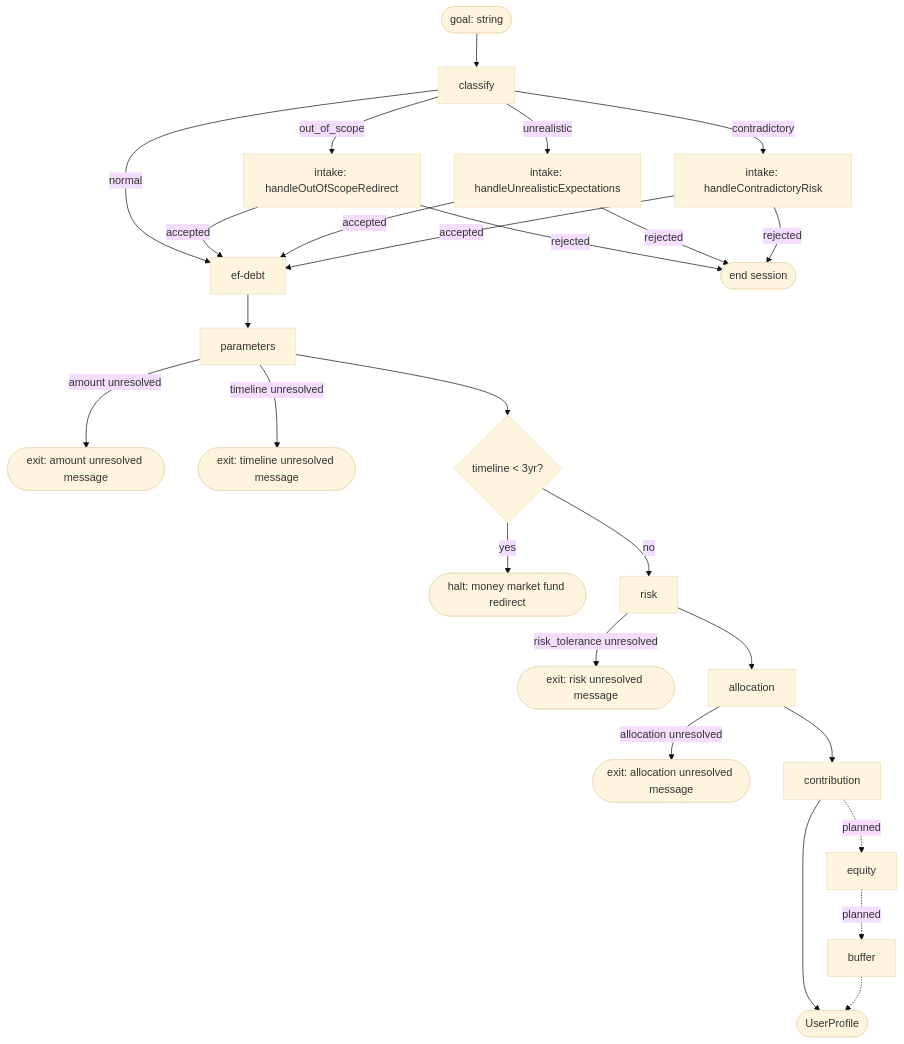
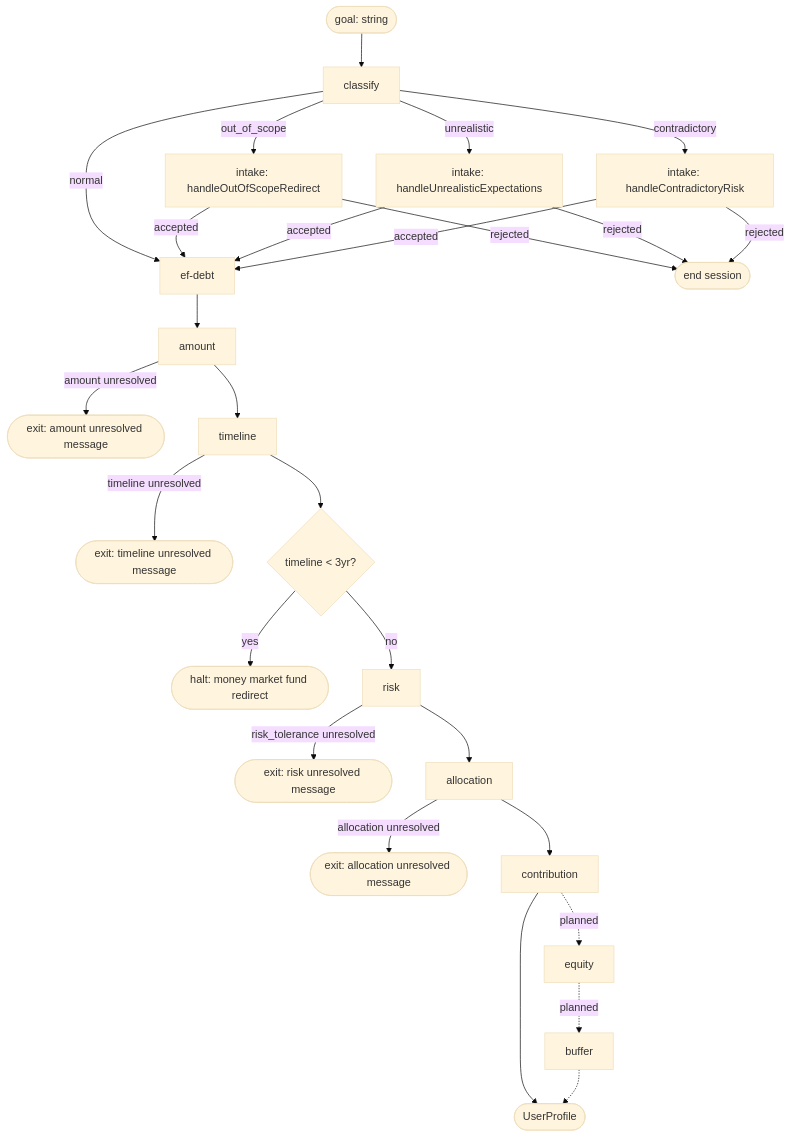
Before and after one commit to itayg43/lazy-advisor: the diagram in documentation/ARCHITECTURE.md, drawn with Mermaid (base theme). The commit also changed other lines of this file and 30 other files, not shown here.

````diff
--- a/documentation/ARCHITECTURE.md
+++ b/documentation/ARCHITECTURE.md
@@ -11,30 +11,31 @@
 ```mermaid
 flowchart TD
     Start([goal: string]) --> Classify[classify]
     Classify -->|normal| EfDebt[ef-debt]
     Classify -->|out_of_scope| OOS[intake: handleOutOfScopeRedirect]
     Classify -->|unrealistic| Unreal[intake: handleUnrealisticExpectations]
     Classify -->|contradictory| Contra[intake: handleContradictoryRisk]
 
     OOS -->|accepted| EfDebt
     OOS -->|rejected| End([end session])
     Unreal -->|accepted| EfDebt
     Unreal -->|rejected| End
     Contra -->|accepted| EfDebt
     Contra -->|rejected| End
 
-    EfDebt --> Parameters[parameters]
-    Parameters -->|amount unresolved| ExitAmount([exit: amount unresolved message])
-    Parameters -->|timeline unresolved| ExitTimeline([exit: timeline unresolved message])
-    Parameters --> ShortHorizon{timeline < 3yr?}
+    EfDebt --> Amount[amount]
+    Amount -->|amount unresolved| ExitAmount([exit: amount unresolved message])
+    Amount --> Timeline[timeline]
+    Timeline -->|timeline unresolved| ExitTimeline([exit: timeline unresolved message])
+    Timeline --> ShortHorizon{timeline < 3yr?}
     ShortHorizon -->|yes| ExitShort([halt: money market fund redirect])
     ShortHorizon -->|no| Risk[risk]
     Risk -->|risk_tolerance unresolved| ExitRisk([exit: risk unresolved message])
     Risk --> Allocation[allocation]
     Allocation -->|allocation unresolved| ExitAllocation([exit: allocation unresolved message])
     Allocation --> Contribution[contribution]
     Contribution --> Profile([UserProfile])
     Contribution -.->|planned| Equity[equity]
     Equity -.->|planned| Buffer[buffer]
     Buffer -.-> Profile
 ```
````
